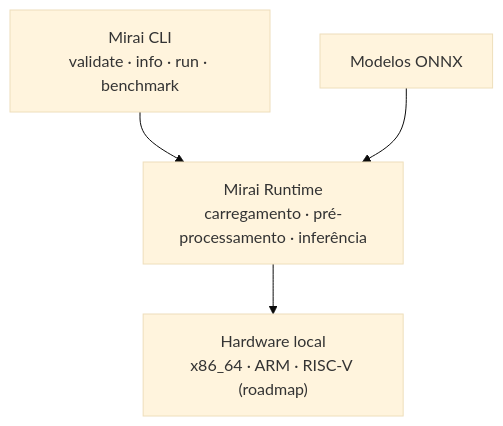
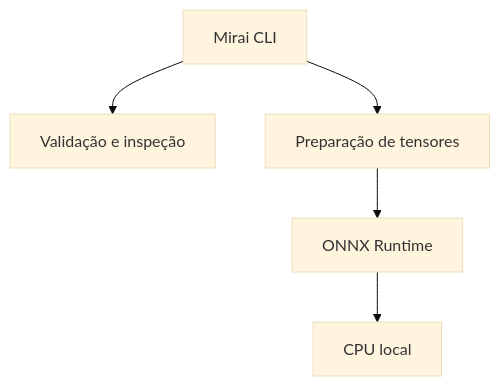
Before and after one commit to start6202783-dotcom/MiraiOS: the diagram in README.md, drawn with Mermaid (base theme). The commit also changed other lines of this file and 21 other files, not shown here.

````diff
--- a/README.md
+++ b/README.md
@@ -78,11 +62,13 @@
 ```mermaid
 flowchart TD
-    CLI["Mirai CLI<br/>validate · info · run · benchmark"]
-    MODELS["Modelos ONNX"]
-    RUNTIME["Mirai Runtime<br/>carregamento · pré-processamento · inferência"]
-    HARDWARE["Hardware local<br/>x86_64 · ARM · RISC-V (roadmap)"]
+    CLI["Mirai CLI"]
+    INSPECT["Validação e inspeção"]
+    INPUTS["Preparação de tensores"]
+    RUNTIME["ONNX Runtime"]
+    HARDWARE["CPU local"]
 
-    CLI --> RUNTIME
-    MODELS --> RUNTIME
+    CLI --> INSPECT
+    CLI --> INPUTS
+    INPUTS --> RUNTIME
     RUNTIME --> HARDWARE
 ```
````
